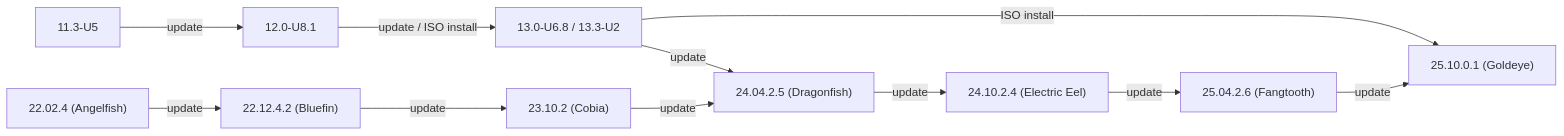
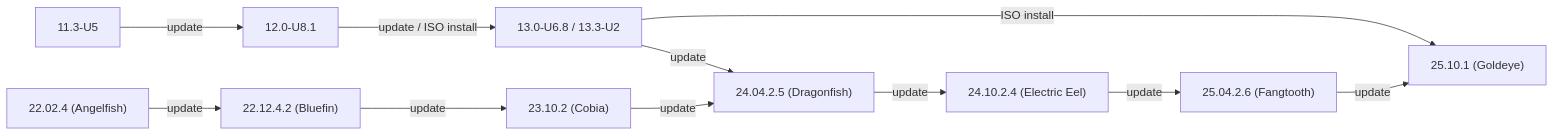
The first of 2 diagrams in static/includes/SCALEUpgradePaths.md (truenas/documentation), drawn with Mermaid before and after one commit.

```diff
--- a/static/includes/SCALEUpgradePaths.md
+++ b/static/includes/SCALEUpgradePaths.md
@@ -21,14 +21,14 @@
             {{< mermaid class="mermaid_sizing" >}}
             flowchart LR
               A["11.3-U5"] -->|update| B["12.0-U8.1"]
               B -->|"update / ISO install"| C["13.0-U6.8 / 13.3-U2"]
               C -->|update| G
               C -->|ISO install| J
               D["22.02.4 (Angelfish)"] -->|update| E
               E["22.12.4.2 (Bluefin)"] -->|update| F
               F["23.10.2 (Cobia)"] -->|update| G
               G["24.04.2.5 (Dragonfish)"] -->|update| H
               H["24.10.2.4 (Electric Eel)"] -->|update| I
               I["25.04.2.6 (Fangtooth)"] -->|"update"| J
-            J["25.10.0.1 (Goldeye)"]
+            J["25.10.1 (Goldeye)"]
             {{< /mermaid >}}
```
